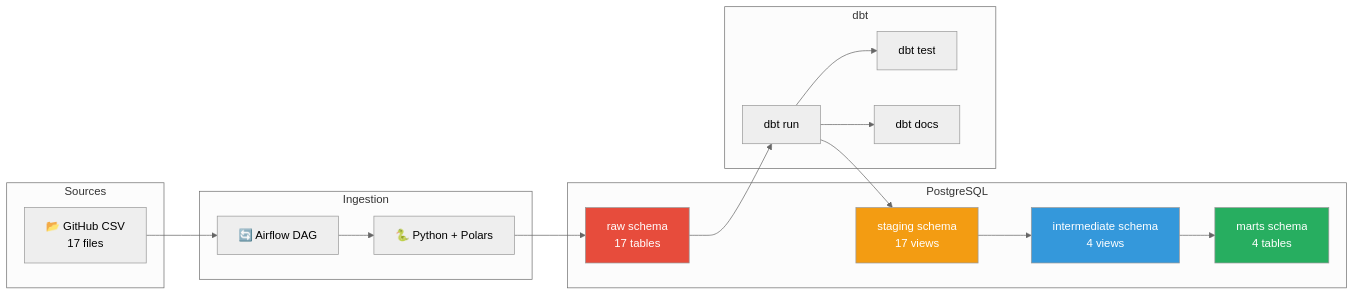
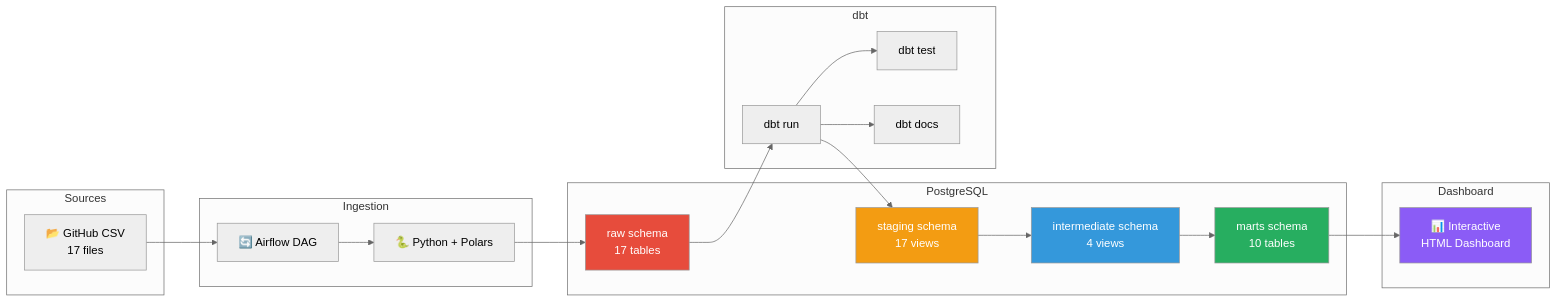
Before and after one commit to seidon93/Traiding: the first of 2 diagrams in README.md, drawn with Mermaid (neutral theme). The commit also changed other lines of this file and 10 other files, not shown here.

````diff
--- a/README.md
+++ b/README.md
@@ -9,34 +9,40 @@
 ```mermaid
 graph LR
     subgraph Sources
         GH["📂 GitHub CSV<br>17 files"]
     end
 
     subgraph Ingestion
         AF["🔄 Airflow DAG"]
         PY["🐍 Python + Polars"]
     end
 
     subgraph PostgreSQL
         RAW["raw schema<br>17 tables"]
         STG["staging schema<br>17 views"]
         INT["intermediate schema<br>4 views"]
-        MRT["marts schema<br>4 tables"]
+        MRT["marts schema<br>10 tables"]
     end
 
     subgraph dbt
         DBT["dbt run"]
         TST["dbt test"]
         DOC["dbt docs"]
     end
 
+    subgraph Dashboard
+        VIZ["📊 Interactive<br>HTML Dashboard"]
+    end
+
     GH --> AF --> PY --> RAW
     RAW --> DBT --> STG --> INT --> MRT
     DBT --> TST
     DBT --> DOC
+    MRT --> VIZ
 
     style RAW fill:#e74c3c,color:#fff
     style STG fill:#f39c12,color:#fff
     style INT fill:#3498db,color:#fff
     style MRT fill:#27ae60,color:#fff
+    style VIZ fill:#8b5cf6,color:#fff
 ```
````
